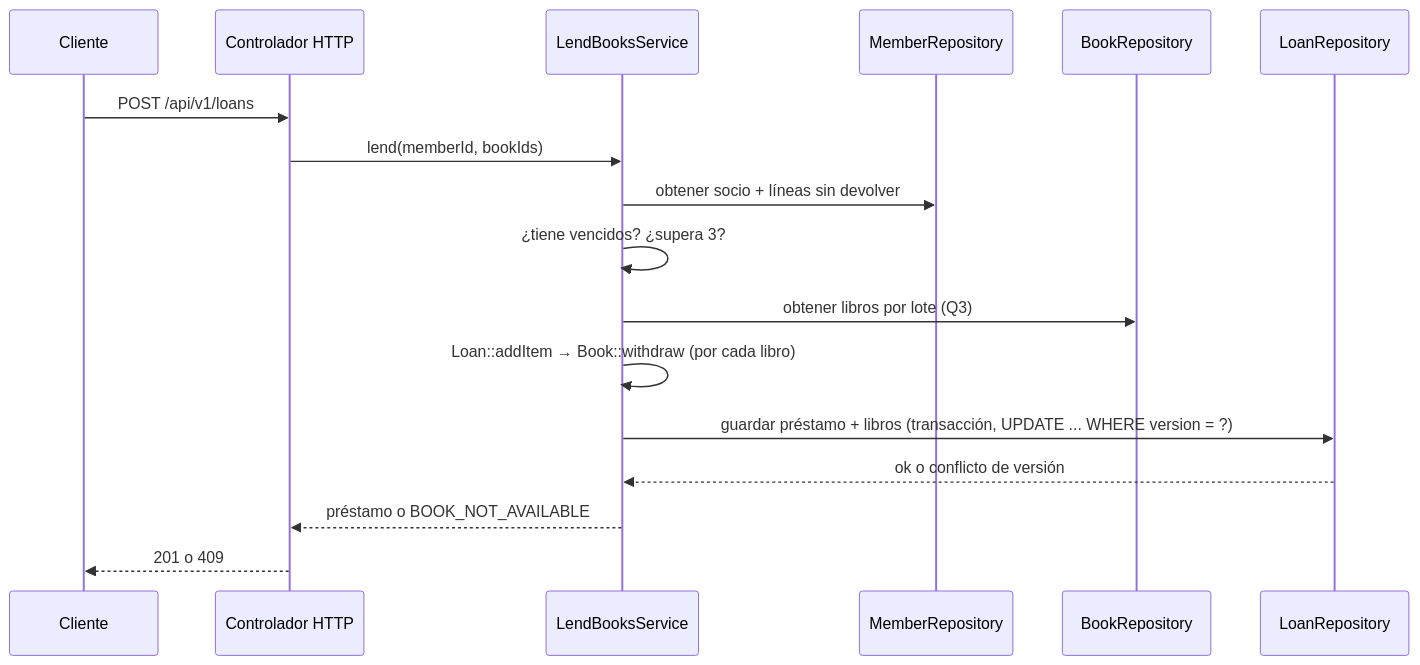
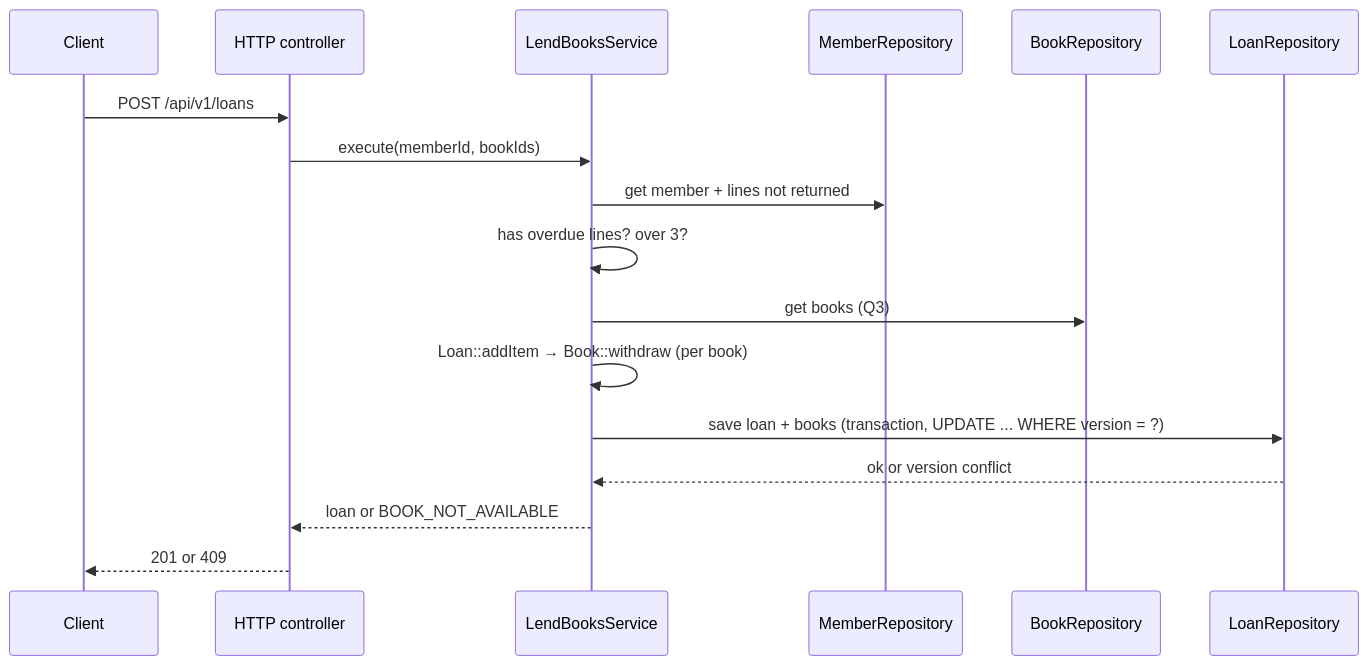
The second of 2 diagrams in spec-laravel/architecture.md (Esteban1807/test-manager-library-3145556-docs), drawn with Mermaid before and after one commit. The commit also changed other lines of this file and 9 other files, not shown here.

````diff
--- a/spec-laravel/architecture.md
+++ b/spec-laravel/architecture.md
@@ -76,19 +79,19 @@
 ```mermaid
 sequenceDiagram
-    participant C as Cliente
-    participant H as Controlador HTTP
+    participant C as Client
+    participant H as HTTP controller
     participant S as LendBooksService
     participant M as MemberRepository
     participant B as BookRepository
     participant L as LoanRepository
     C->>H: POST /api/v1/loans
-    H->>S: lend(memberId, bookIds)
-    S->>M: obtener socio + líneas sin devolver
-    S->>S: ¿tiene vencidos? ¿supera 3?
-    S->>B: obtener libros por lote (Q3)
-    S->>S: Loan::addItem → Book::withdraw (por cada libro)
-    S->>L: guardar préstamo + libros (transacción, UPDATE ... WHERE version = ?)
-    L-->>S: ok o conflicto de versión
-    S-->>H: préstamo o BOOK_NOT_AVAILABLE
-    H-->>C: 201 o 409
+    H->>S: execute(memberId, bookIds)
+    S->>M: get member + lines not returned
+    S->>S: has overdue lines? over 3?
+    S->>B: get books (Q3)
+    S->>S: Loan::addItem → Book::withdraw (per book)
+    S->>L: save loan + books (transaction, UPDATE ... WHERE version = ?)
+    L-->>S: ok or version conflict
+    S-->>H: loan or BOOK_NOT_AVAILABLE
+    H-->>C: 201 or 409
 ```
````
